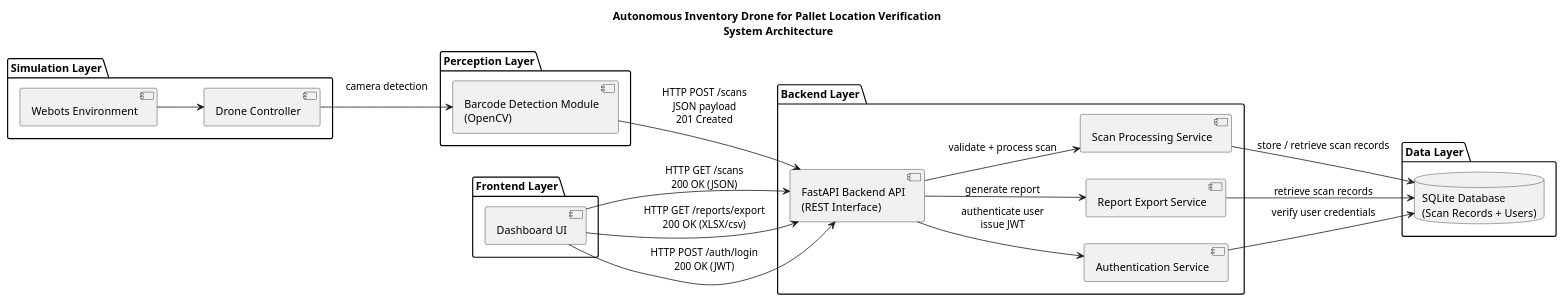
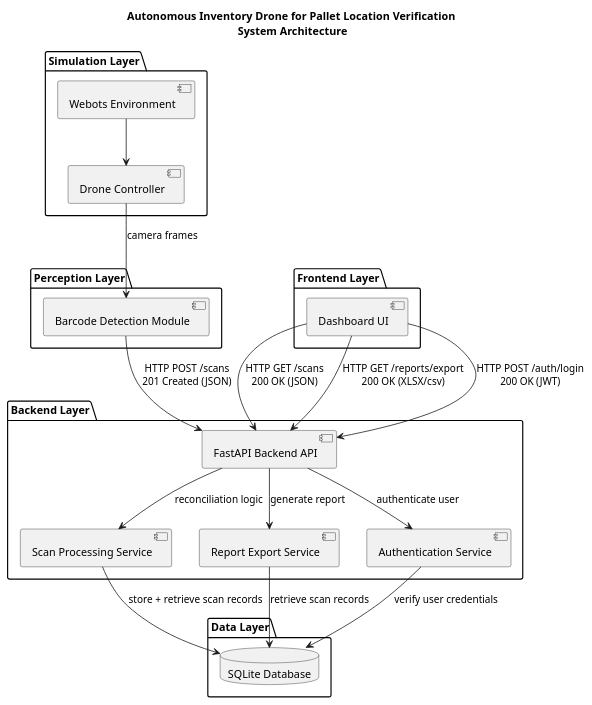
The diagram in docs/architecture/component_diagram.puml (suchithgali/webots-sim), drawn with PlantUML before and after one commit.

Commit message:
change orientation to top/down and remove openvc to make barcode detection more general

```diff
--- a/docs/architecture/component_diagram.puml
+++ b/docs/architecture/component_diagram.puml
@@ -1,47 +1,47 @@
 @startuml
-left to right direction
+top to bottom direction
 
 title Autonomous Inventory Drone for Pallet Location Verification\n System Architecture
 
 package "Simulation Layer" {
   component "Webots Environment" as Webots
   component "Drone Controller" as DroneController
 }
 
 package "Perception Layer" {
-  component "Barcode Detection Module\n(OpenCV)" as BarcodeCV
+  component "Barcode Detection Module" as BarcodeCV
 }
 
 package "Frontend Layer" {
   component "Dashboard UI" as Frontend
 }
 
 package "Backend Layer" {
-  component "FastAPI Backend API\n(REST Interface)" as API
+  component "FastAPI Backend API" as API
   component "Scan Processing Service" as ScanService
   component "Report Export Service" as ExportService
   component "Authentication Service" as AuthService
 }
 
 package "Data Layer" {
-  database "SQLite Database\n(Scan Records + Users)" as DB
+  database "SQLite Database" as DB
 }
 
 Webots --> DroneController
-DroneController --> BarcodeCV : camera detection\n
+DroneController --> BarcodeCV : camera frames\n
 
-BarcodeCV --> API : HTTP POST /scans\nJSON payload\n201 Created
+BarcodeCV --> API : HTTP POST /scans\n201 Created (JSON)
 
 Frontend --> API : HTTP GET /scans\n200 OK (JSON)
 Frontend --> API : HTTP GET /reports/export\n200 OK (XLSX/csv)
 Frontend --> API : HTTP POST /auth/login\n200 OK (JWT)
 
-API --> ScanService : validate + process scan
+API --> ScanService : reconciliation logic
 API --> ExportService : generate report
-API --> AuthService : authenticate user\nissue JWT
+API --> AuthService : authenticate user
 
-ScanService --> DB : store / retrieve scan records
+ScanService --> DB : store + retrieve scan records
 ExportService --> DB : retrieve scan records
 AuthService --> DB : verify user credentials
 
 @enduml
```
